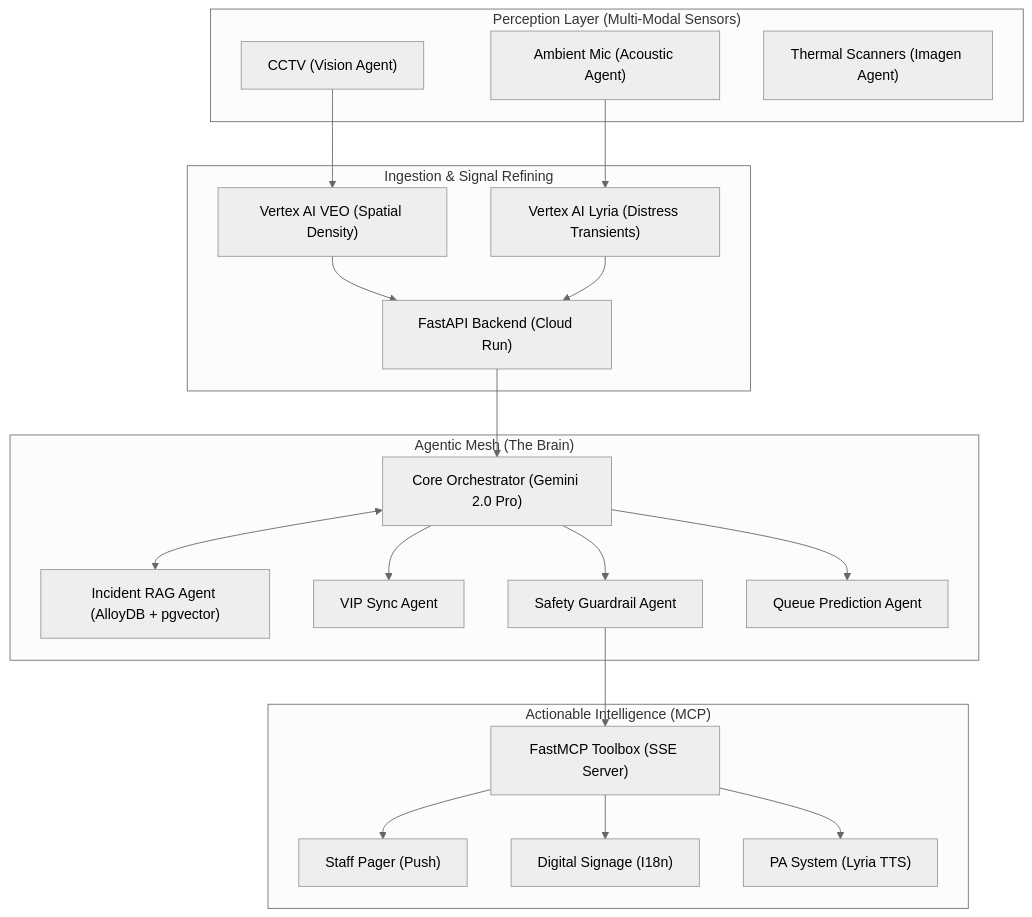
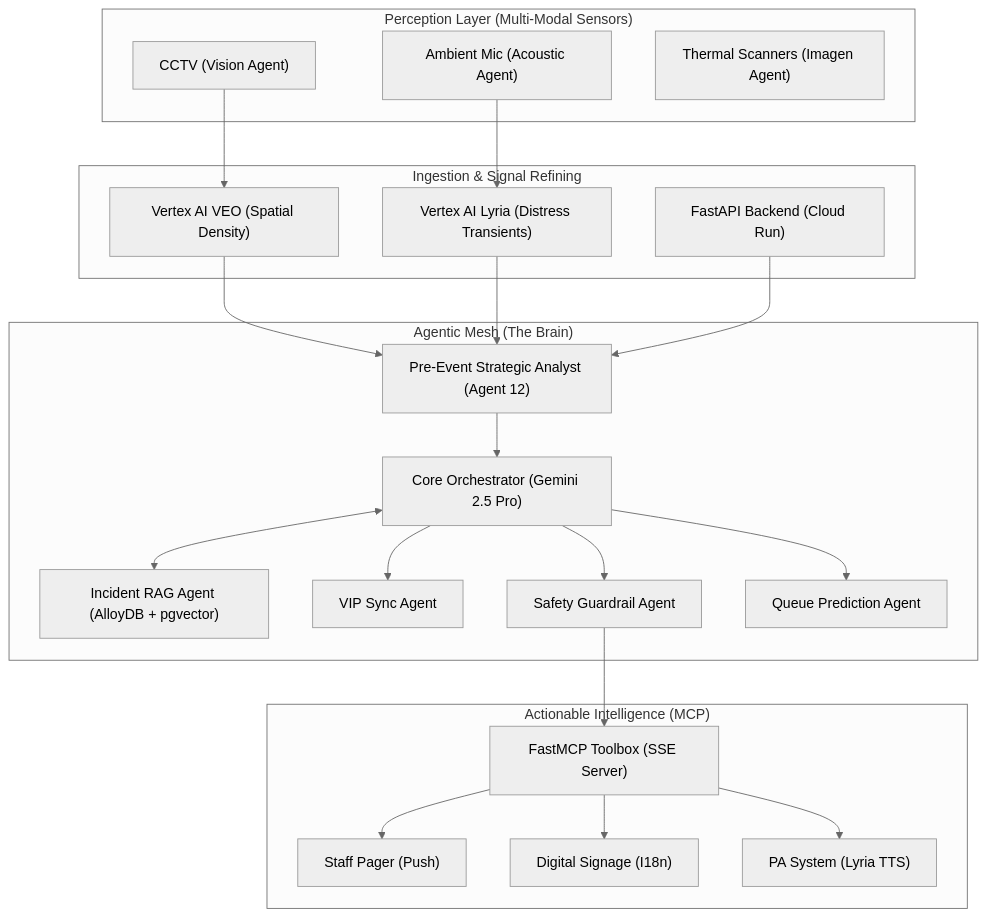
One commit to sivasubramanian86/SpectaSyncAI changed the diagram in ARCHITECTURE.md. Above: the diagram before and after it, drawn with Mermaid (neutral theme). The commit also changed other lines of this file and 36 other files, not shown here.

Commit message:
feat: stabilize pre-event agent and frontend config

````diff
--- a/ARCHITECTURE.md
+++ b/ARCHITECTURE.md
@@ -7,38 +7,39 @@
 ```mermaid
 graph TB
     subgraph "Perception Layer (Multi-Modal Sensors)"
         CCTV["CCTV (Vision Agent)"]
         Audio["Ambient Mic (Acoustic Agent)"]
         Thermal["Thermal Scanners (Imagen Agent)"]
     end
 
     subgraph "Ingestion & Signal Refining"
         API["FastAPI Backend (Cloud Run)"]
         VEO["Vertex AI VEO (Spatial Density)"]
         Lyria["Vertex AI Lyria (Distress Transients)"]
     end
 
     subgraph "Agentic Mesh (The Brain)"
-        Orch["Core Orchestrator (Gemini 2.0 Pro)"]
+        Orch["Core Orchestrator (Gemini 2.5 Pro)"]
         RAG["Incident RAG Agent (AlloyDB + pgvector)"]
         VIP["VIP Sync Agent"]
         Safety["Safety Guardrail Agent"]
         Queue["Queue Prediction Agent"]
+        Prep["Pre-Event Strategic Analyst (Agent 12)"]
     end
 
     subgraph "Actionable Intelligence (MCP)"
         MCP["FastMCP Toolbox (SSE Server)"]
         Staff["Staff Pager (Push)"]
         Signage["Digital Signage (I18n)"]
         PA["PA System (Lyria TTS)"]
     end
 
     CCTV --> VEO
     Audio --> Lyria
-    VEO & Lyria --> API
-    API --> Orch
+    VEO & Lyria & API --> Prep
+    Prep --> Orch
     Orch <--> RAG
     Orch --> VIP & Safety & Queue
     Safety --> MCP
     MCP --> Staff & Signage & PA
 ```
````
